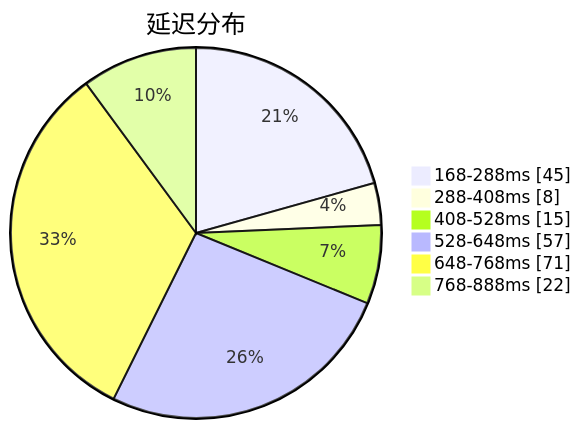
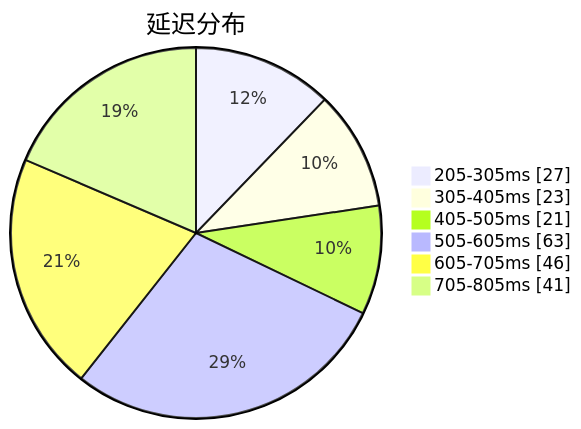
One commit to qjlxg/airport changed the first of 3 diagrams in subs/statistics/tested_within.md. Above: the diagram before and after it, drawn with Mermaid. The commit also changed other lines of this file and 2 other files, not shown here.

````diff
--- a/subs/statistics/tested_within.md
+++ b/subs/statistics/tested_within.md
@@ -2,10 +2,10 @@
 ```mermaid
 pie showData
 title 延迟分布
-"168-288ms" : 45
-"288-408ms" : 8
-"408-528ms" : 15
-"528-648ms" : 57
-"648-768ms" : 71
-"768-888ms" : 22
+"205-305ms" : 27
+"305-405ms" : 23
+"405-505ms" : 21
+"505-605ms" : 63
+"605-705ms" : 46
+"705-805ms" : 41
 ```
````
